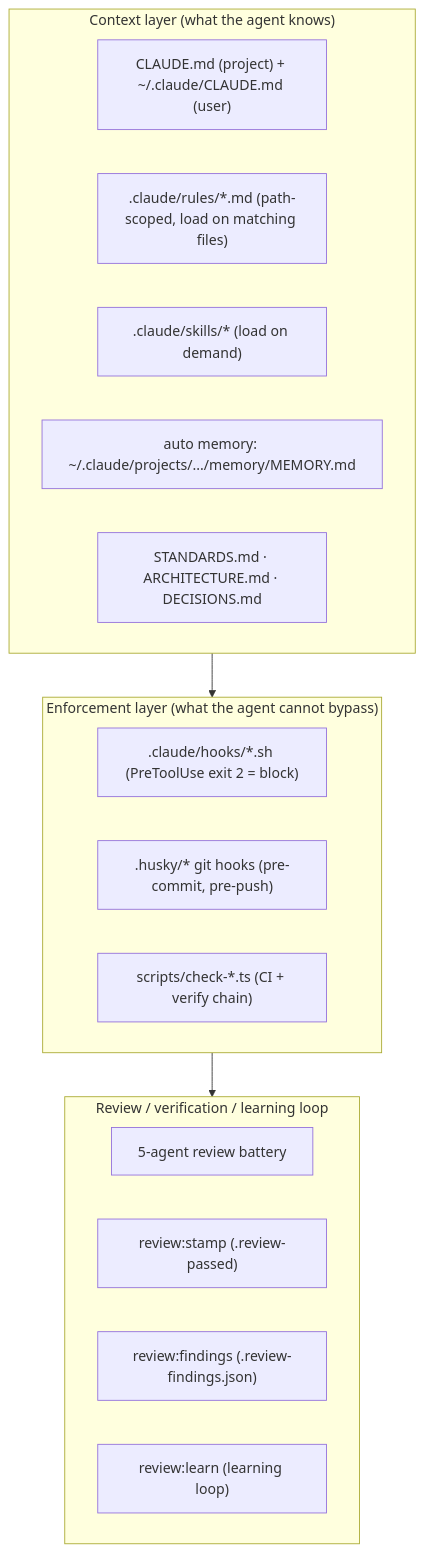
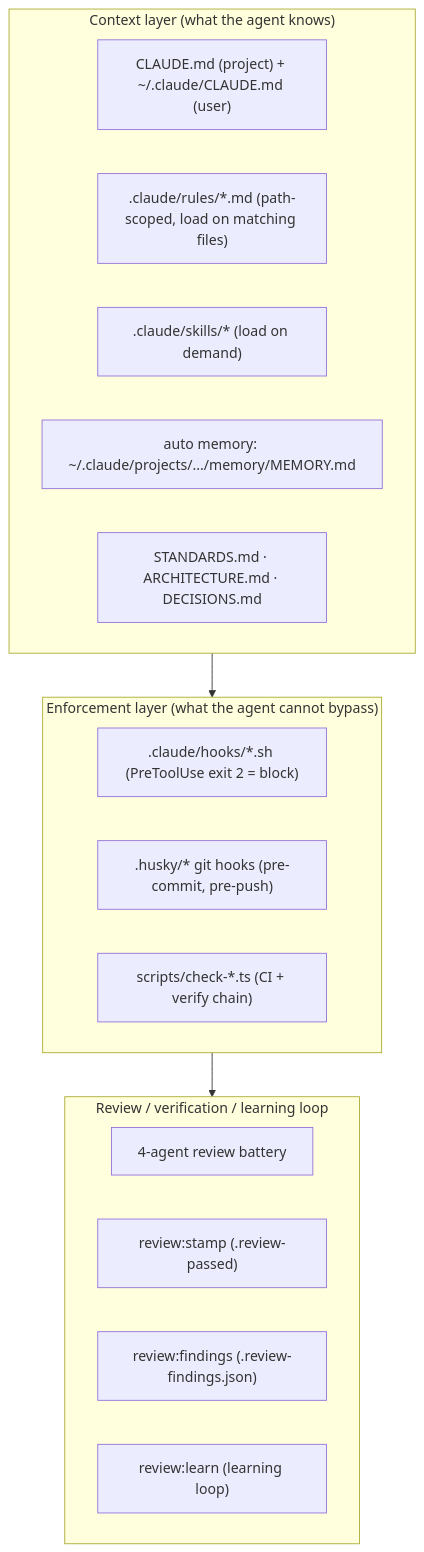
The first of 3 diagrams in docs/06-ai-development.md (erikunha/portfolio), drawn with Mermaid before and after one commit. The commit also changed other lines of this file and 79 other files, not shown here.

````diff
--- a/docs/06-ai-development.md
+++ b/docs/06-ai-development.md
@@ -7,22 +7,22 @@
 ```mermaid
 flowchart TB
     subgraph ctx["Context layer (what the agent knows)"]
         cl["CLAUDE.md (project) + ~/.claude/CLAUDE.md (user)"]
         rules[".claude/rules/*.md (path-scoped, load on matching files)"]
         skills[".claude/skills/* (load on demand)"]
         mem["auto memory: ~/.claude/projects/.../memory/MEMORY.md"]
         docs["STANDARDS.md · ARCHITECTURE.md · DECISIONS.md"]
     end
     subgraph enf["Enforcement layer (what the agent cannot bypass)"]
         hooks[".claude/hooks/*.sh (PreToolUse exit 2 = block)"]
         husky[".husky/* git hooks (pre-commit, pre-push)"]
         gates["scripts/check-*.ts (CI + verify chain)"]
     end
     subgraph loop["Review / verification / learning loop"]
-        battery["5-agent review battery"]
+        battery["4-agent review battery"]
         stamp["review:stamp (.review-passed)"]
         ledger["review:findings (.review-findings.json)"]
         learn["review:learn (learning loop)"]
     end
     ctx --> enf --> loop
 ```
````
